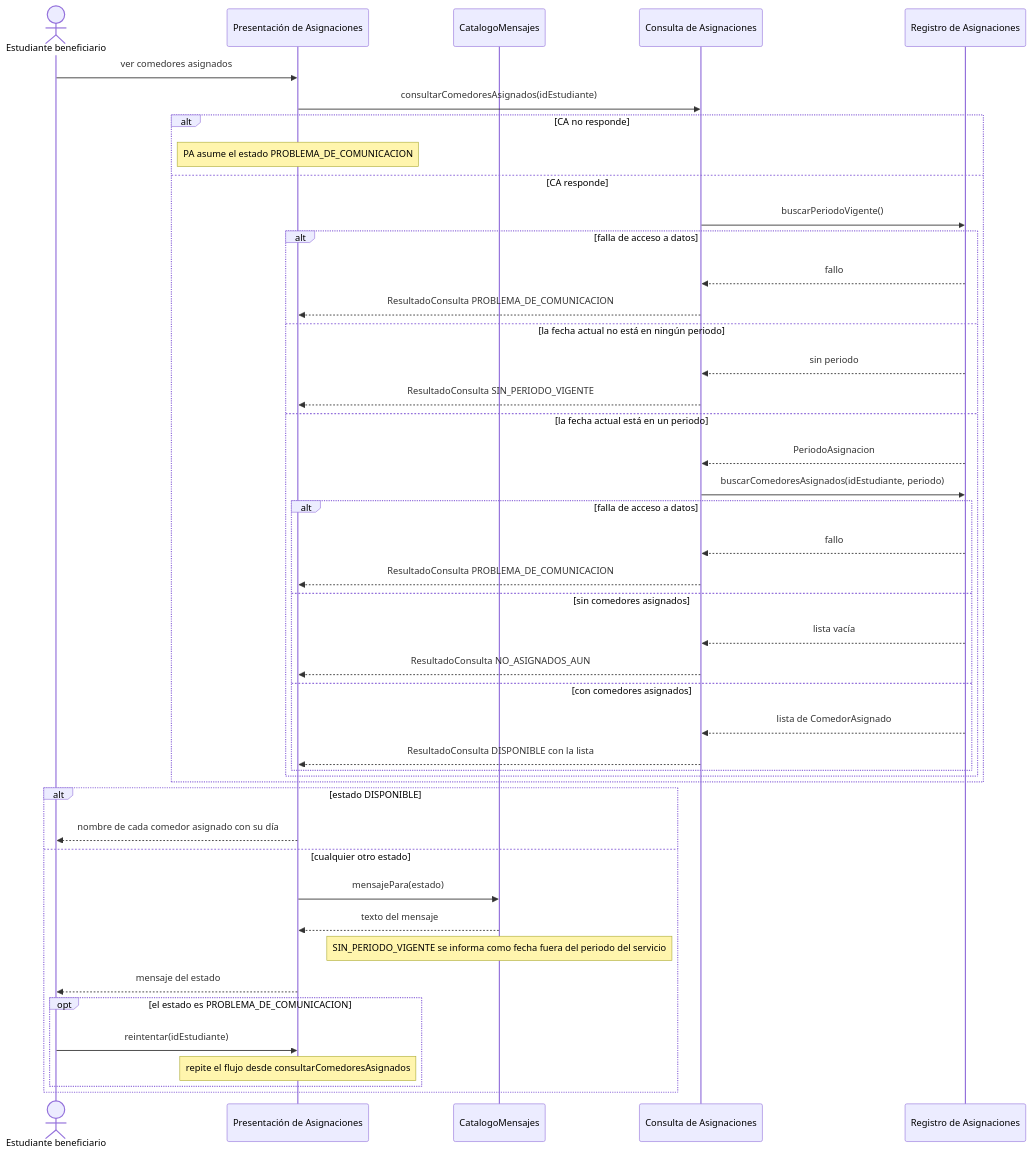
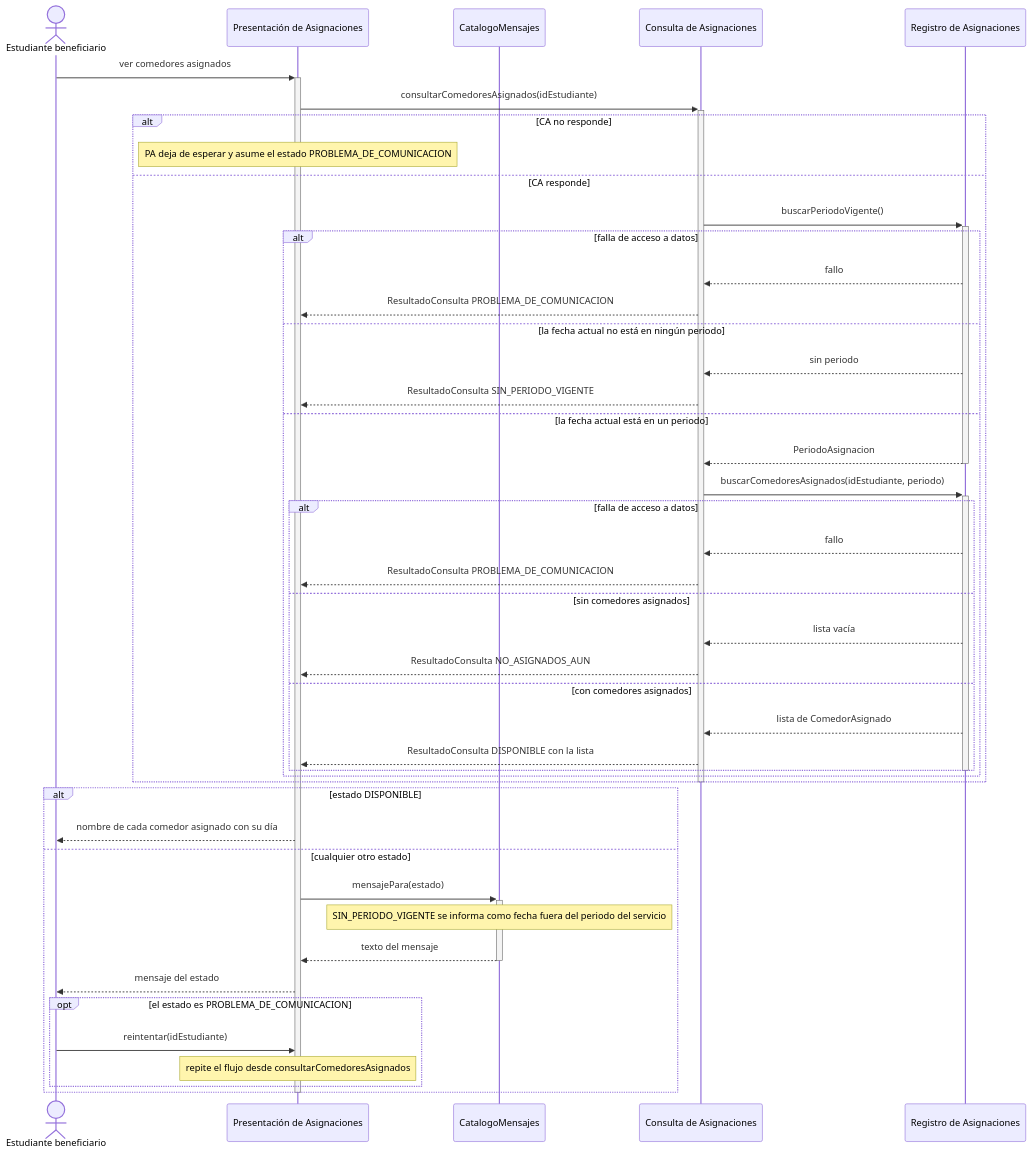
Before and after one commit to alfredoquev/Almuerzate.app: the first of 2 diagrams in docs/requirements/02_Interaction_and_Data_Design.md, drawn with Mermaid. The commit also changed other lines of this file, not shown here.

Commit message:
Add activation lines between components
Updated interaction flow and messages for student cafeteria assignment queries.

````diff
--- a/docs/requirements/02_Interaction_and_Data_Design.md
+++ b/docs/requirements/02_Interaction_and_Data_Design.md
@@ -19,50 +19,54 @@
 ```mermaid
 sequenceDiagram
     actor Est as Estudiante beneficiario
     participant PA as Presentación de Asignaciones
     participant CM as CatalogoMensajes
     participant CA as Consulta de Asignaciones
     participant RA as Registro de Asignaciones
 
-    Est->>PA: ver comedores asignados
-    PA->>CA: consultarComedoresAsignados(idEstudiante)
+    Est->>+PA: ver comedores asignados
+    PA->>+CA: consultarComedoresAsignados(idEstudiante)
 
     alt CA no responde
-        Note over PA: PA asume el estado PROBLEMA_DE_COMUNICACION
+        Note over PA: PA deja de esperar y asume el estado PROBLEMA_DE_COMUNICACION
     else CA responde
-        CA->>RA: buscarPeriodoVigente()
+        CA->>+RA: buscarPeriodoVigente()
         alt falla de acceso a datos
             RA-->>CA: fallo
             CA-->>PA: ResultadoConsulta PROBLEMA_DE_COMUNICACION
         else la fecha actual no está en ningún periodo
             RA-->>CA: sin periodo
             CA-->>PA: ResultadoConsulta SIN_PERIODO_VIGENTE
         else la fecha actual está en un periodo
             RA-->>CA: PeriodoAsignacion
-            CA->>RA: buscarComedoresAsignados(idEstudiante, periodo)
+            deactivate RA
+            CA->>+RA: buscarComedoresAsignados(idEstudiante, periodo)
             alt falla de acceso a datos
                 RA-->>CA: fallo
                 CA-->>PA: ResultadoConsulta PROBLEMA_DE_COMUNICACION
             else sin comedores asignados
                 RA-->>CA: lista vacía
                 CA-->>PA: ResultadoConsulta NO_ASIGNADOS_AUN
             else con comedores asignados
                 RA-->>CA: lista de ComedorAsignado
                 CA-->>PA: ResultadoConsulta DISPONIBLE con la lista
             end
+            deactivate RA
         end
     end
+    deactivate CA
 
     alt estado DISPONIBLE
         PA-->>Est: nombre de cada comedor asignado con su día
     else cualquier otro estado
-        PA->>CM: mensajePara(estado)
-        CM-->>PA: texto del mensaje
+        PA->>+CM: mensajePara(estado)
         Note over CM: SIN_PERIODO_VIGENTE se informa como fecha fuera del periodo del servicio
+        CM-->>-PA: texto del mensaje
         PA-->>Est: mensaje del estado
         opt el estado es PROBLEMA_DE_COMUNICACION
             Est->>PA: reintentar(idEstudiante)
             Note over PA: repite el flujo desde consultarComedoresAsignados
         end
     end
+    deactivate PA
 ```
````
